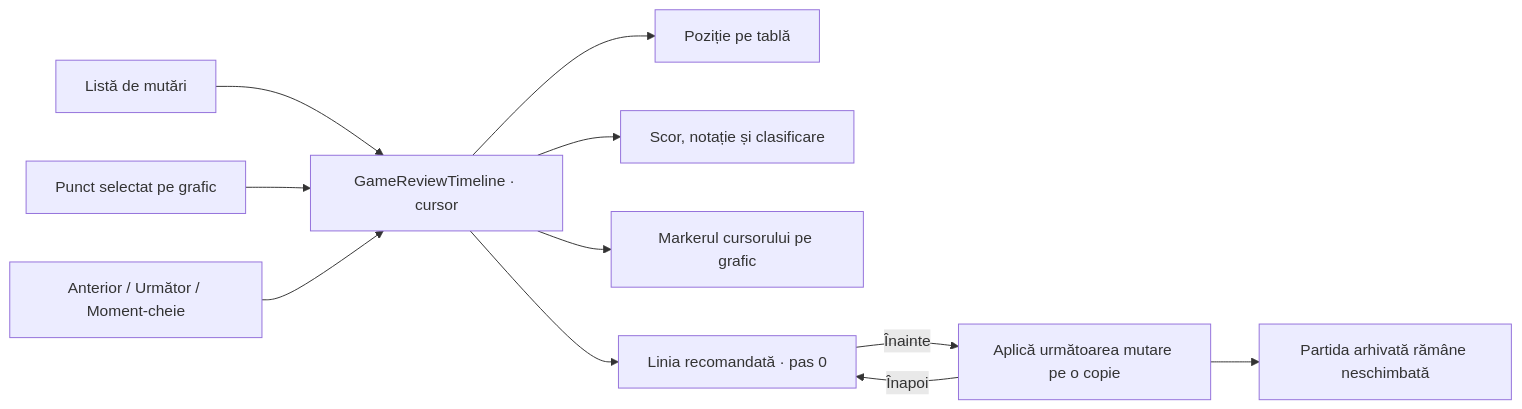
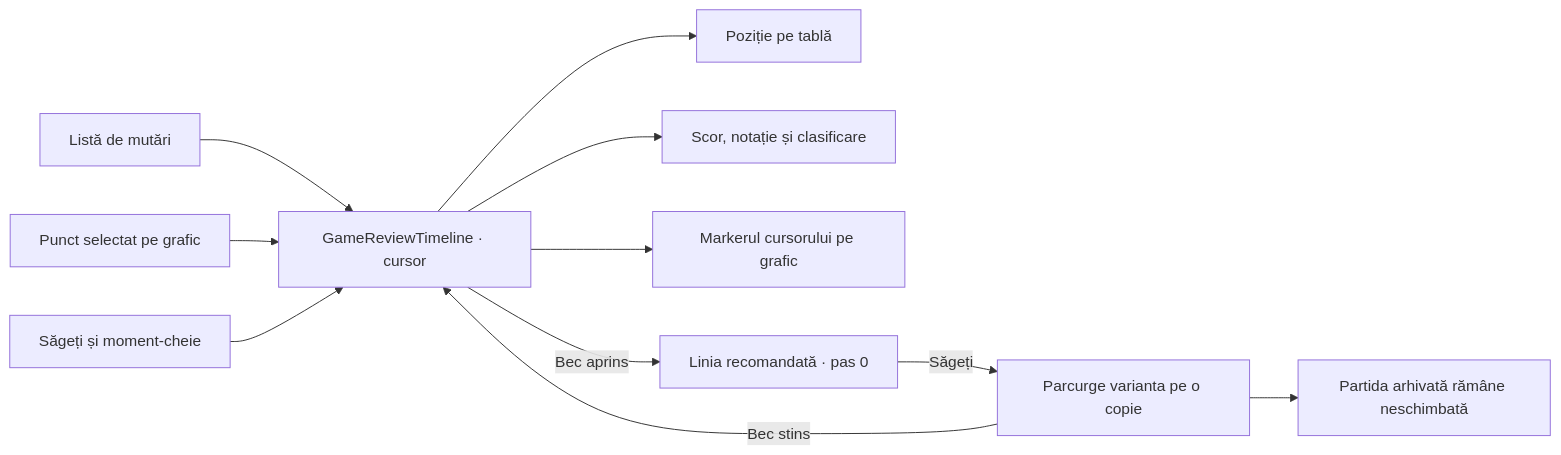
The fourth of 4 diagrams in docs/board/game-review.md (crististefanita/atf_j7), drawn with Mermaid before and after one commit. The commit also changed other lines of this file and 20 other files, not shown here.

````diff
--- a/docs/board/game-review.md
+++ b/docs/board/game-review.md
@@ -110,13 +114,13 @@
 ```mermaid
 flowchart LR
     L["Listă de mutări"] --> C["GameReviewTimeline · cursor"]
     G["Punct selectat pe grafic"] --> C
-    N["Anterior / Următor / Moment-cheie"] --> C
+    N["Săgeți și moment-cheie"] --> C
     C --> B["Poziție pe tablă"]
     C --> S["Scor, notație și clasificare"]
     C --> M["Markerul cursorului pe grafic"]
-    C --> R["Linia recomandată · pas 0"]
-    R -->|"Înainte"| P["Aplică următoarea mutare pe o copie"]
-    P -->|"Înapoi"| R
+    C -->|"Bec aprins"| R["Linia recomandată · pas 0"]
+    R -->|"Săgeți"| P["Parcurge varianta pe o copie"]
+    P -->|"Bec stins"| C
     P --> A["Partida arhivată rămâne neschimbată"]
 ```
````
